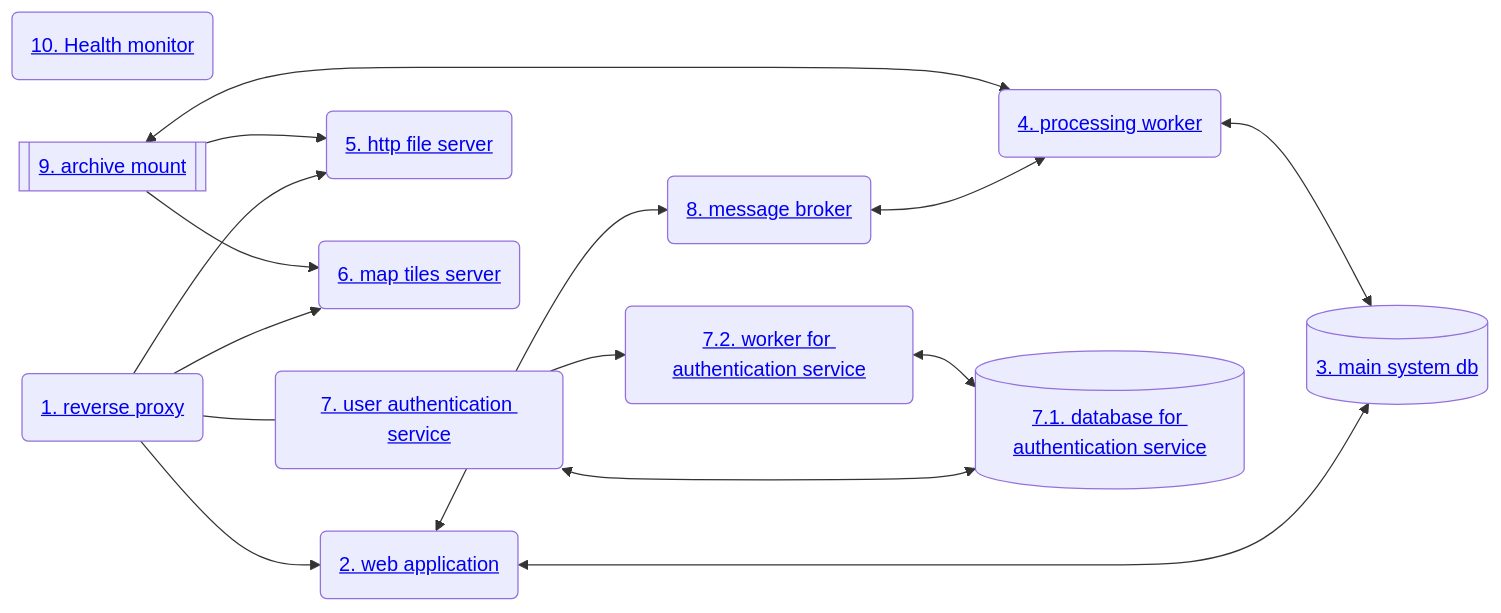
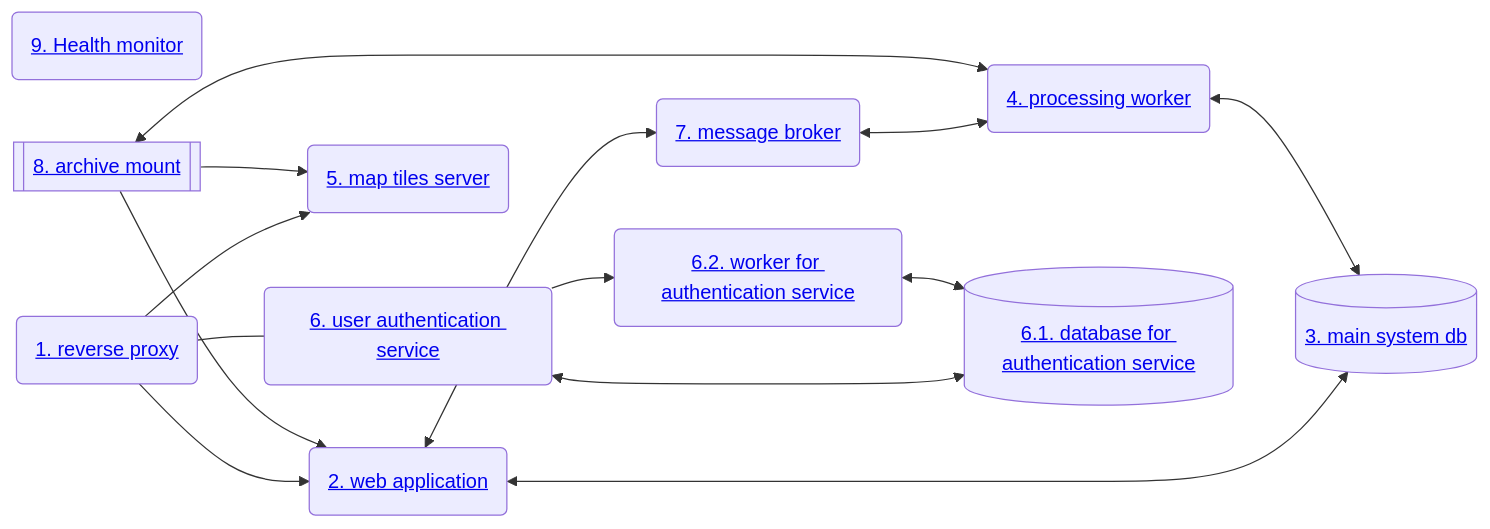
Before and after one commit to NaturalGIS/seis-lab-data: the diagram in docs/admin-guide.pt.md, drawn with Mermaid. The commit also changed other lines of this file and 29 other files, not shown here.

Commit message:
removed caddy service and made file downloads go through webapp (#225)

````diff
--- a/docs/admin-guide.pt.md
+++ b/docs/admin-guide.pt.md
@@ -433,29 +430,27 @@
 ```mermaid
 flowchart LR
-    monitor(<a href="#10-componente-health-monitor">10. Health monitor</a>)
+    monitor(<a href="#9-componente-health-monitor">9. Health monitor</a>)
     rev-proxy(<a href="#1-componente-reverse-proxy">1. reverse proxy</a>)
     webapp(<a href="#2-componente-web-application">2. web application</a>)
     db[(<a href="#3-componente-main-system-db">3. main system db</a>)]
     proc-worker(<a href="#4-componente-processing-worker">4. processing worker</a>)
-    file-server(<a href="#5-componente-http-file-server">5. http file server</a>)
-    tile-server(<a href="#6-componente-map-tiles-server">6. map tiles server</a>)
-    auth-webapp(<a href="#7-componente-user-authentication-service">7. user authentication service</a>)
-    auth-db[(<a href="#71-componente-database-for-authentication-service">7.1. database for authentication service</a>)]
-    auth-worker(<a href="#72-componente-worker-for-authentication-service">7.2. worker for authentication service</a>)
-    message-broker(<a href="#8-componente-message-broker">8. message broker</a>)
-    arch[[<a href="#9-componente-archive-mount">9. archive mount</a>]]
+    tile-server(<a href="#5-componente-map-tiles-server">5. map tiles server</a>)
+    auth-webapp(<a href="#6-componente-user-authentication-service">6. user authentication service</a>)
+    auth-db[(<a href="#61-componente-database-for-authentication-service">6.1. database for authentication service</a>)]
+    auth-worker(<a href="#62-componente-worker-for-authentication-service">6.2. worker for authentication service</a>)
+    message-broker(<a href="#7-componente-message-broker">7. message broker</a>)
+    arch[[<a href="#8-componente-archive-mount">8. archive mount</a>]]
     rev-proxy --> webapp
-    rev-proxy --> file-server
     rev-proxy --> tile-server
     rev-proxy --- auth-webapp
     auth-webapp <--> auth-db
     auth-webapp --> auth-worker
     auth-worker <--> auth-db
     webapp <--> db
     proc-worker <--> db
     webapp <--> message-broker
     message-broker <--> proc-worker
-    arch --> file-server
+    arch --> webapp
     arch --> tile-server
     arch <--> proc-worker
 ```
````
